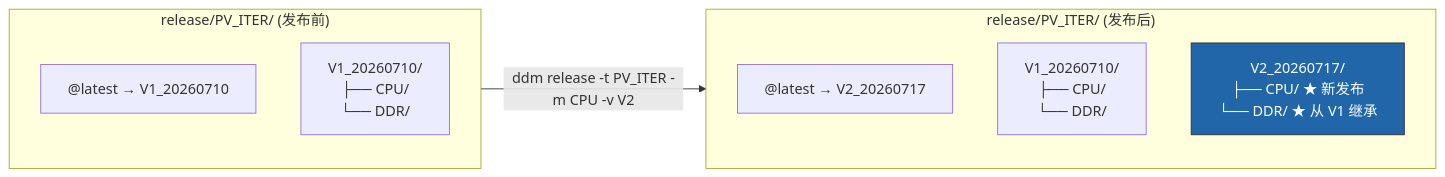
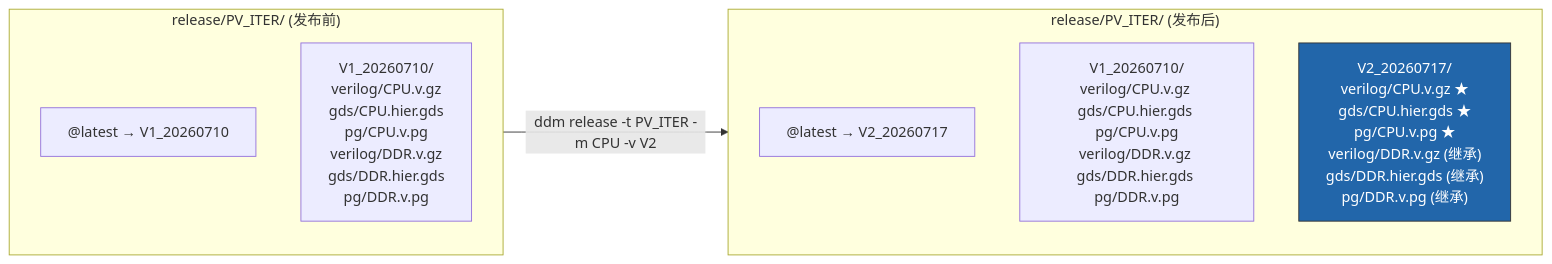
One commit to winsight/ddm changed the sixth of 18 diagrams in docs/WORKFLOWS.md. Above: the diagram before and after it, drawn with Mermaid. The commit also changed other lines of this file and 2 other files, not shown here.

````diff
--- a/docs/WORKFLOWS.md
+++ b/docs/WORKFLOWS.md
@@ -315,19 +315,19 @@
 ```mermaid
 flowchart LR
     subgraph BEFORE["release/PV_ITER/ (发布前)"]
         direction TB
         LATEST1["@latest → V1_20260710"]
-        V1["V1_20260710/<br/>├── CPU/<br/>└── DDR/"]
+        V1["V1_20260710/<br/>verilog/CPU.v.gz<br/>gds/CPU.hier.gds<br/>pg/CPU.v.pg<br/>verilog/DDR.v.gz<br/>gds/DDR.hier.gds<br/>pg/DDR.v.pg"]
     end
 
     subgraph AFTER["release/PV_ITER/ (发布后)"]
         direction TB
         LATEST2["@latest → V2_20260717"]
-        V1B["V1_20260710/<br/>├── CPU/<br/>└── DDR/"]
-        V2["V2_20260717/<br/>├── CPU/ ★ 新发布<br/>└── DDR/ ★ 从 V1 继承"]
+        V1B["V1_20260710/<br/>verilog/CPU.v.gz gds/CPU.hier.gds pg/CPU.v.pg<br/>verilog/DDR.v.gz gds/DDR.hier.gds pg/DDR.v.pg"]
+        V2["V2_20260717/<br/>verilog/CPU.v.gz ★<br/>gds/CPU.hier.gds ★<br/>pg/CPU.v.pg ★<br/>verilog/DDR.v.gz (继承)<br/>gds/DDR.hier.gds (继承)<br/>pg/DDR.v.pg (继承)"]
     end
 
     BEFORE -->|"ddm release -t PV_ITER -m CPU -v V2"| AFTER
 
     style V2 fill:#26a,stroke:#333,color:#fff
 ```
````
